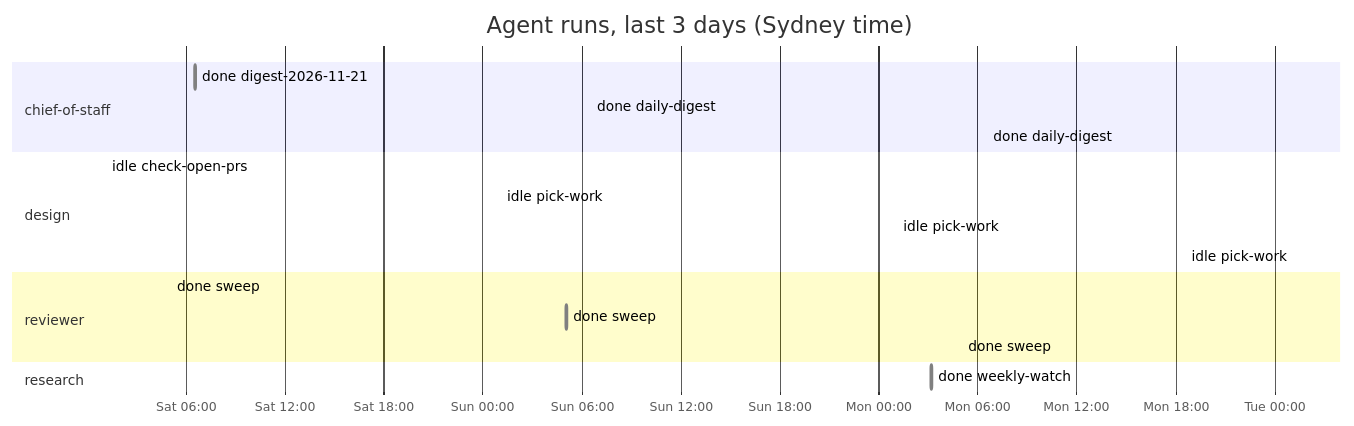
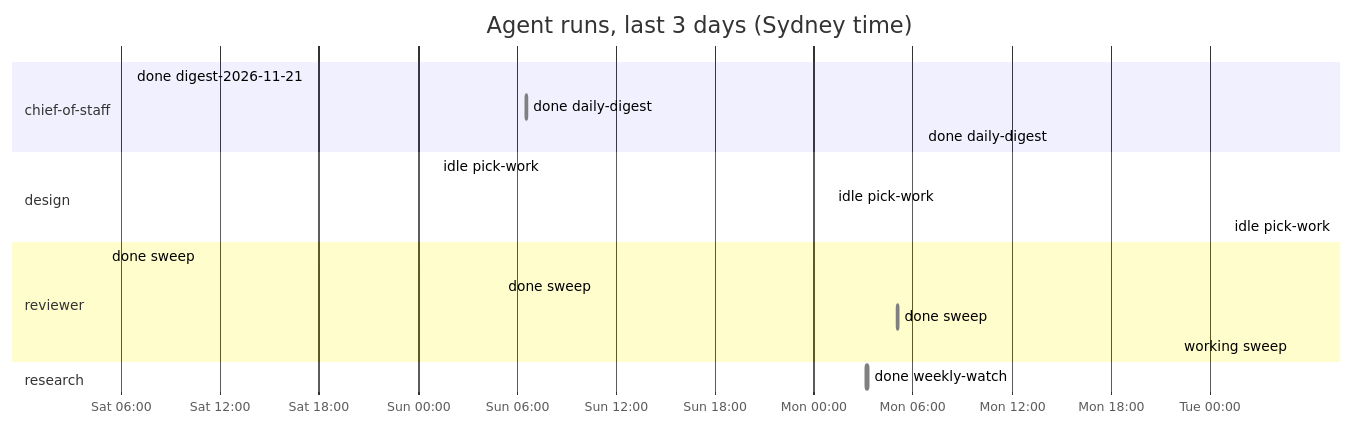
The diagram in dashboard.md (roulmediateam-byte/fifteen-expert-hq), drawn with Mermaid before and after one commit. The commit also changed other lines of this file and 1 other file, not shown here.

````diff
--- a/dashboard.md
+++ b/dashboard.md
@@ -51,21 +51,21 @@
 ```mermaid
 gantt
     title Agent runs, last 3 days (Sydney time)
     dateFormat YYYY-MM-DD HH:mm
     axisFormat %a %H:%M
     section chief-of-staff
     done digest-2026-11-21 :done, 2026-11-21 06:34, 2026-11-21 06:36
     done daily-digest :done, 2026-11-22 06:34, 2026-11-22 06:36
     done daily-digest :done, 2026-11-23 06:35, 2026-11-23 06:36
     section design
-    idle check-open-prs :done, 2026-11-21 01:10, 2026-11-21 01:11
     idle pick-work :done, 2026-11-22 01:08, 2026-11-22 01:08
     idle pick-work :done, 2026-11-23 01:08, 2026-11-23 01:09
     idle pick-work :done, 2026-11-24 01:09, 2026-11-24 01:09
     section reviewer
     done sweep :done, 2026-11-21 05:05, 2026-11-21 05:06
     done sweep :done, 2026-11-22 05:05, 2026-11-22 05:06
     done sweep :done, 2026-11-23 05:04, 2026-11-23 05:06
+    working sweep :active, 2026-11-24 05:05, 2026-11-24 05:05
     section research
     done weekly-watch :done, 2026-11-23 03:10, 2026-11-23 03:17
 ```
````
